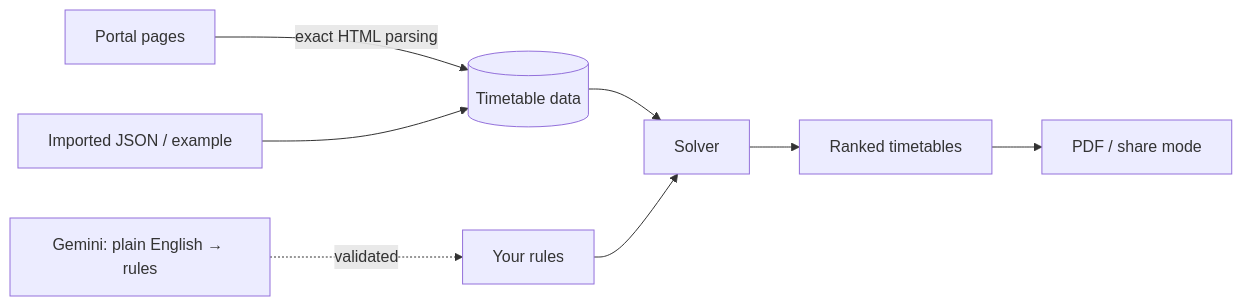
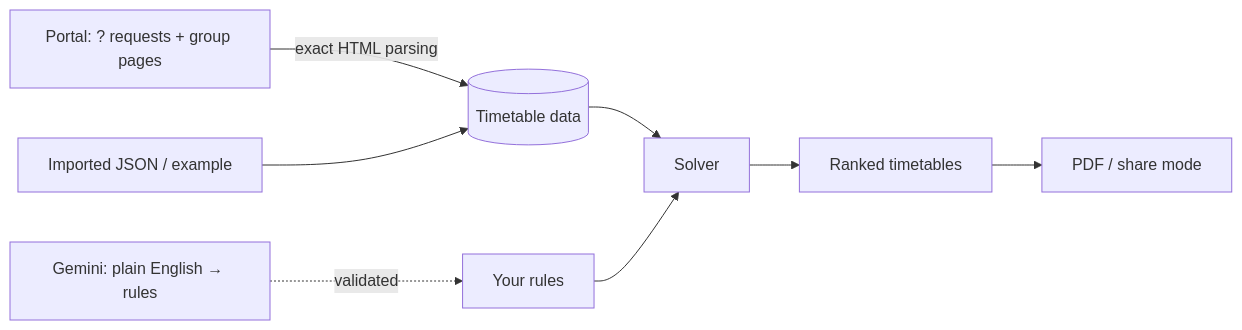
Before and after one commit to ghatwary06/aast-scheduler: the diagram in README.md, drawn with Mermaid. The commit also changed other lines of this file, not shown here.

Commit message:
README: live portal import is a working feature; describe the request-based safety

````diff
--- a/README.md
+++ b/README.md
@@ -86,10 +98,10 @@
 ```mermaid
 flowchart LR
-    A[Portal pages] -->|exact HTML parsing| D[(Timetable data)]
+    A[Portal: ? requests + group pages] -->|exact HTML parsing| D[(Timetable data)]
     B[Imported JSON / example] --> D
     D --> S[Solver]
     R[Your rules] --> S
     G[Gemini: plain English → rules] -.validated.-> R
     S --> V[Ranked timetables]
     V --> P[PDF / share mode]
 ```
````
